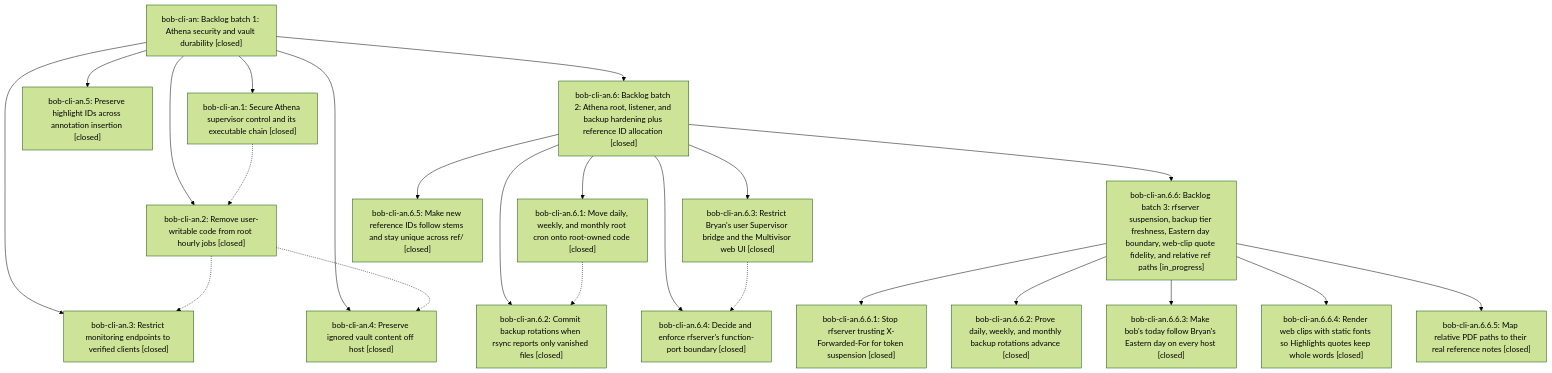
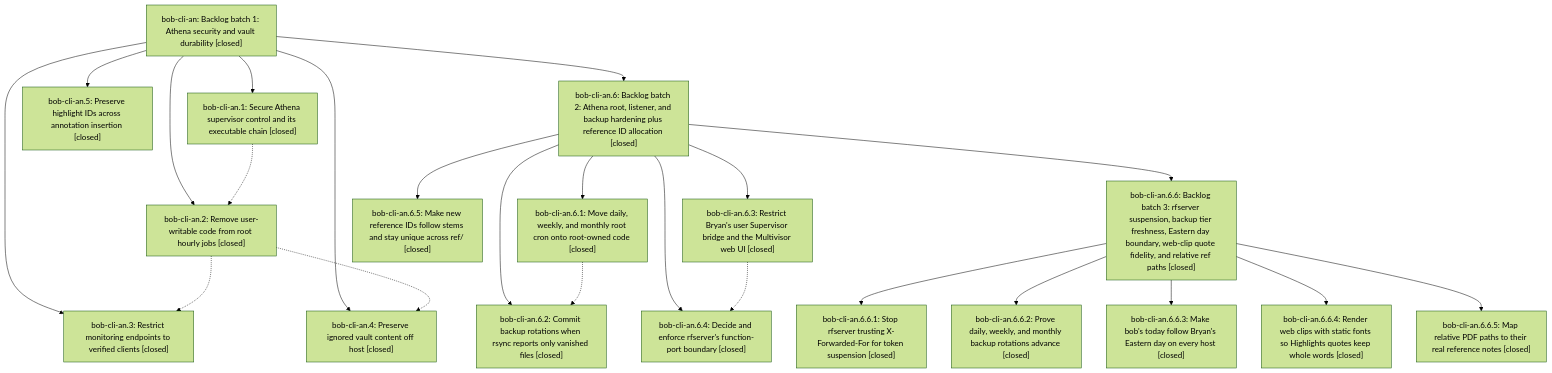
The diagram in pages/bob-cli-an/README.md (bobs-org/bob-cli--beads), drawn with Mermaid (forest theme) before and after one commit. The commit also changed other lines of this file and 1 other file, not shown here.

First line of the commit message:
chore(beads): sync bead state and pages for bob-cli-an

````diff
--- a/pages/bob-cli-an/README.md
+++ b/pages/bob-cli-an/README.md
@@ -48,43 +48,43 @@
 ```mermaid
 flowchart TD
     n0["bob-cli-an: Backlog batch 1: Athena security and vault durability [closed]"]
     n1["bob-cli-an.1: Secure Athena supervisor control and its executable chain [closed]"]
     n2["bob-cli-an.2: Remove user-writable code from root hourly jobs [closed]"]
     n3["bob-cli-an.3: Restrict monitoring endpoints to verified clients [closed]"]
     n4["bob-cli-an.4: Preserve ignored vault content off host [closed]"]
     n5["bob-cli-an.5: Preserve highlight IDs across annotation insertion [closed]"]
     n6["bob-cli-an.6: Backlog batch 2: Athena root, listener, and backup hardening plus reference ID allocation [closed]"]
     n7["bob-cli-an.6.1: Move daily, weekly, and monthly root cron onto root-owned code [closed]"]
     n8["bob-cli-an.6.2: Commit backup rotations when rsync reports only vanished files [closed]"]
     n9["bob-cli-an.6.3: Restrict Bryan's user Supervisor bridge and the Multivisor web UI [closed]"]
     n10["bob-cli-an.6.4: Decide and enforce rfserver's function-port boundary [closed]"]
     n11["bob-cli-an.6.5: Make new reference IDs follow stems and stay unique across ref/ [closed]"]
-    n12["bob-cli-an.6.6: Backlog batch 3: rfserver suspension, backup tier freshness, Eastern day boundary, web-clip quote fidelity, and relative ref paths [in_progress]"]
+    n12["bob-cli-an.6.6: Backlog batch 3: rfserver suspension, backup tier freshness, Eastern day boundary, web-clip quote fidelity, and relative ref paths [closed]"]
     n13["bob-cli-an.6.6.1: Stop rfserver trusting X-Forwarded-For for token suspension [closed]"]
     n14["bob-cli-an.6.6.2: Prove daily, weekly, and monthly backup rotations advance [closed]"]
     n15["bob-cli-an.6.6.3: Make bob's today follow Bryan's Eastern day on every host [closed]"]
     n16["bob-cli-an.6.6.4: Render web clips with static fonts so Highlights quotes keep whole words [closed]"]
     n17["bob-cli-an.6.6.5: Map relative PDF paths to their real reference notes [closed]"]
     n0 --> n1
     n0 --> n2
     n0 --> n3
     n0 --> n4
     n0 --> n5
     n0 --> n6
     n6 --> n7
     n6 --> n8
     n6 --> n9
     n6 --> n10
     n6 --> n11
     n6 --> n12
     n12 --> n13
     n12 --> n14
     n12 --> n15
     n12 --> n16
     n12 --> n17
     n1 -.-> n2
     n2 -.-> n3
     n2 -.-> n4
     n7 -.-> n8
     n9 -.-> n10
 ```
````
